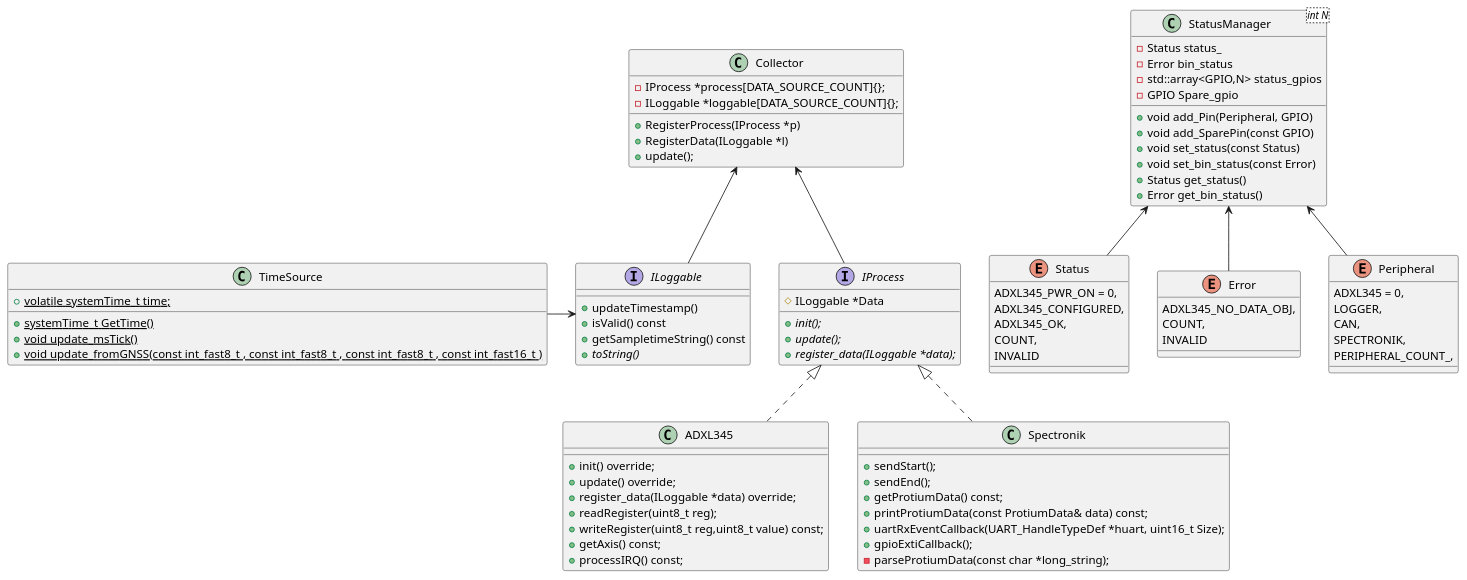
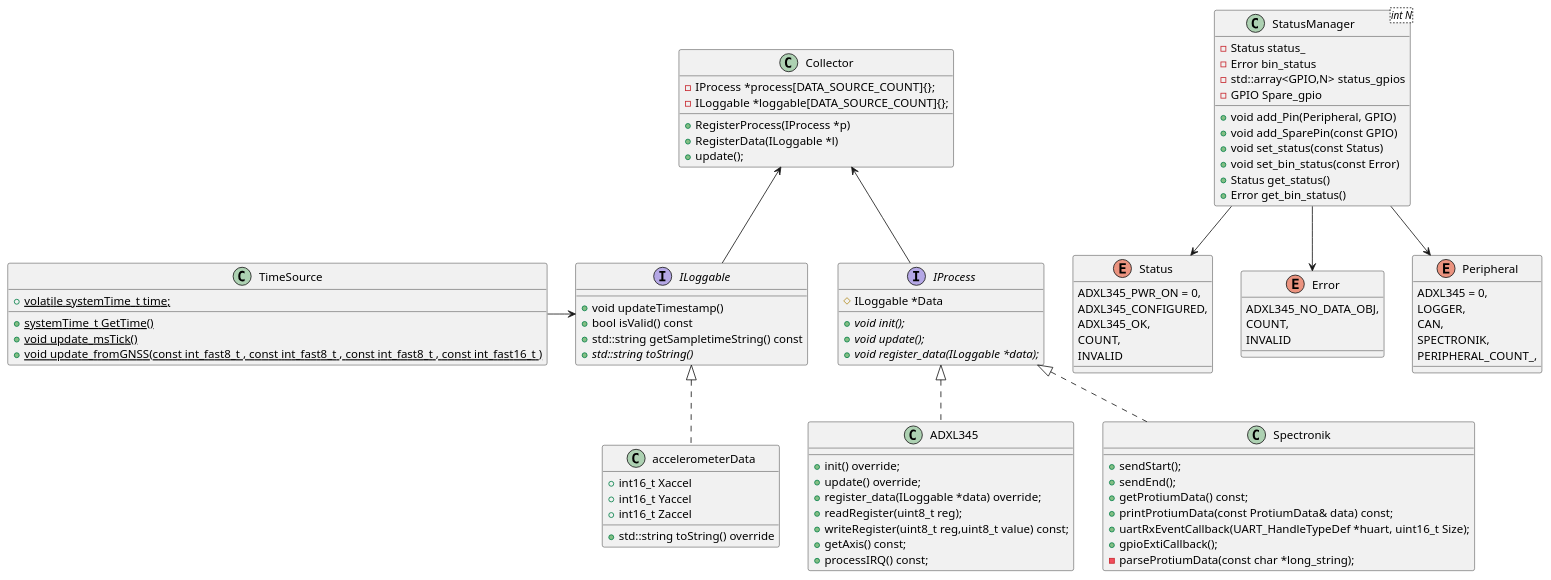
One commit to Svdwege/wikiWip changed the diagram in class_diagram.puml. Above: the diagram before and after it, drawn with PlantUML. The commit also changed 1 other file, not shown here.

Commit message:
docs: extended class_diagram fixed dependency arrows

```diff
--- a/class_diagram.puml
+++ b/class_diagram.puml
@@ -1,97 +1,105 @@
 @startuml
  
 Interface ILoggable {
-    + updateTimestamp() 
-    + isValid() const
-    + getSampletimeString() const
-    {abstract} + toString()
+    + void updateTimestamp() 
+    + bool isValid() const
+    + std::string getSampletimeString() const
+    {abstract} + std::string toString()
 
 }
+
+class accelerometerData implements ILoggable {
+    + std::string toString() override
+    + int16_t Xaccel
+    + int16_t Yaccel
+    + int16_t Zaccel
+}
+
 Interface IProcess {
     # ILoggable *Data
-    {abstract} + init();
-    {abstract} + update();
-    {abstract} + register_data(ILoggable *data);
+    {abstract} + void init();
+    {abstract} + void update();
+    {abstract} + void register_data(ILoggable *data);
 }
 
 
 class ADXL345 implements IProcess {
     + init() override;
     + update() override;
     + register_data(ILoggable *data) override;
     + readRegister(uint8_t reg);
     + writeRegister(uint8_t reg,uint8_t value) const;
     + getAxis() const;
     + processIRQ() const;
 }
 
 class Spectronik implements IProcess {
     + sendStart();
     + sendEnd();
     + getProtiumData() const;
     + printProtiumData(const ProtiumData& data) const;
     + uartRxEventCallback(UART_HandleTypeDef *huart, uint16_t Size);
     + gpioExtiCallback();
     - parseProtiumData(const char *long_string);
 }
 
 class Collector {
     + RegisterProcess(IProcess *p)
     + RegisterData(ILoggable *l)
     + update();
     - IProcess *process[DATA_SOURCE_COUNT]{};
     - ILoggable *loggable[DATA_SOURCE_COUNT]{};
 }
 
 class TimeSource {
     + {static} systemTime_t GetTime()
     + volatile {static} systemTime_t time;
     + {static} void update_msTick()
     + {static} void update_fromGNSS(const int_fast8_t , const int_fast8_t , const int_fast8_t , const int_fast16_t ) 
 }
 
 enum Status {
     ADXL345_PWR_ON = 0,
     ADXL345_CONFIGURED,
     ADXL345_OK,
     COUNT,
     INVALID
 
 }
 
 enum Error {
     ADXL345_NO_DATA_OBJ,
     COUNT,
     INVALID
 }
 
 enum Peripheral {
     ADXL345 = 0,
     LOGGER,
     CAN,
     SPECTRONIK,
     PERIPHERAL_COUNT_,
 }
 
 class StatusManager<int N>{
     + void add_Pin(Peripheral, GPIO)
     + void add_SparePin(const GPIO)
     + void set_status(const Status)
     + void set_bin_status(const Error)
     + Status get_status()
     + Error get_bin_status()
     - Status status_
     - Error bin_status
     - std::array<GPIO,N> status_gpios
     - GPIO Spare_gpio
 }   
 
-StatusManager <-- Peripheral
-StatusManager <-- Error
-StatusManager <-- Status
+StatusManager --> Peripheral
+StatusManager --> Error
+StatusManager --> Status
 
 Collector <-- IProcess
 Collector <-- ILoggable
 TimeSource -> ILoggable
 
 @enduml
```
